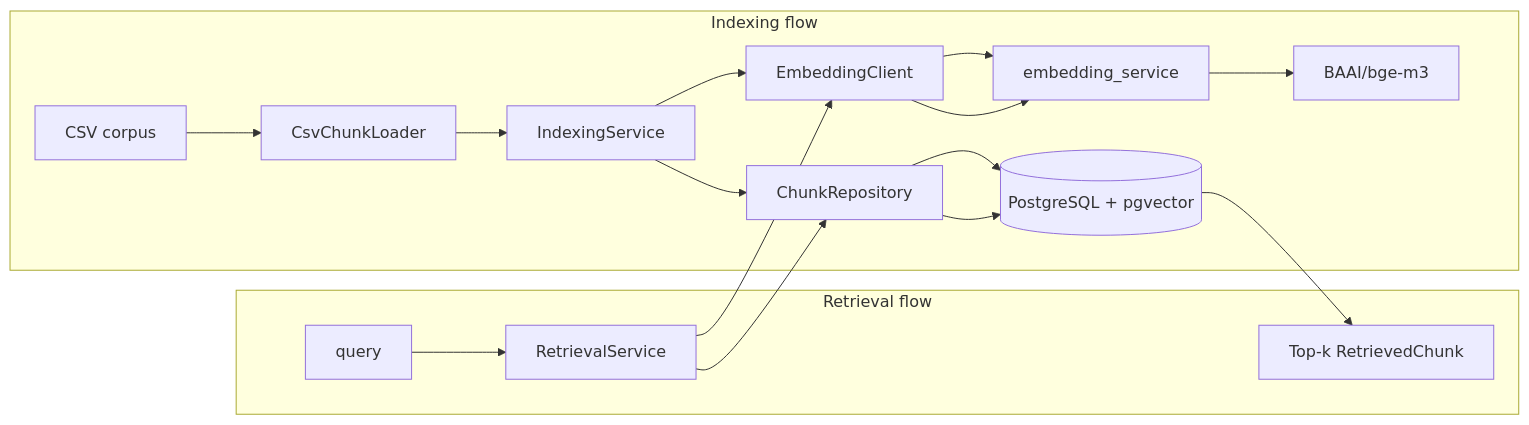
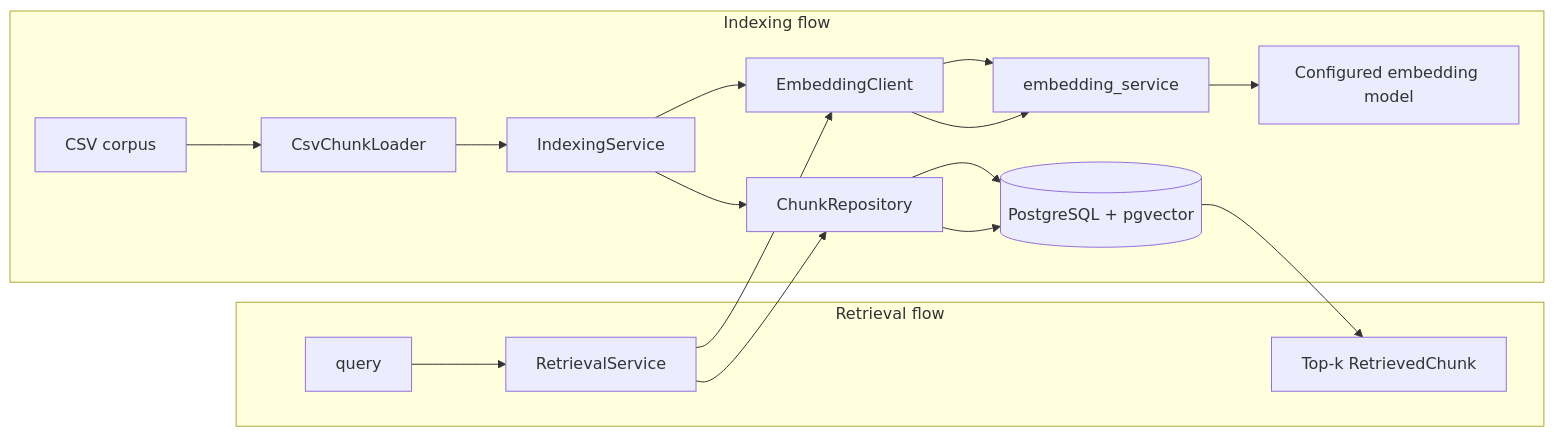
Before and after one commit to chrabek1/rag-evaluation-pipeline: the diagram in README.md, drawn with Mermaid. The commit also changed other lines of this file and 23 other files, not shown here.

````diff
--- a/README.md
+++ b/README.md
@@ -61,21 +33,21 @@
 ```mermaid
 flowchart LR
   subgraph INDEXING_FLOW [Indexing flow]
     A[CSV corpus] --> B[CsvChunkLoader]
     B --> C[IndexingService]
     C --> D[EmbeddingClient]
     D --> E[embedding_service]
-    E --> F[BAAI/bge-m3]
+    E --> F[Configured embedding model]
     C --> G[ChunkRepository]
     G --> H[(PostgreSQL + pgvector)]
   end
 
   subgraph RETRIEVAL_FLOW [Retrieval flow]
     Q[query] --> R[RetrievalService]
     R --> D
     D --> E
     R --> G
     G --> H
     H --> T[Top-k RetrievedChunk]
   end
 ```
````
